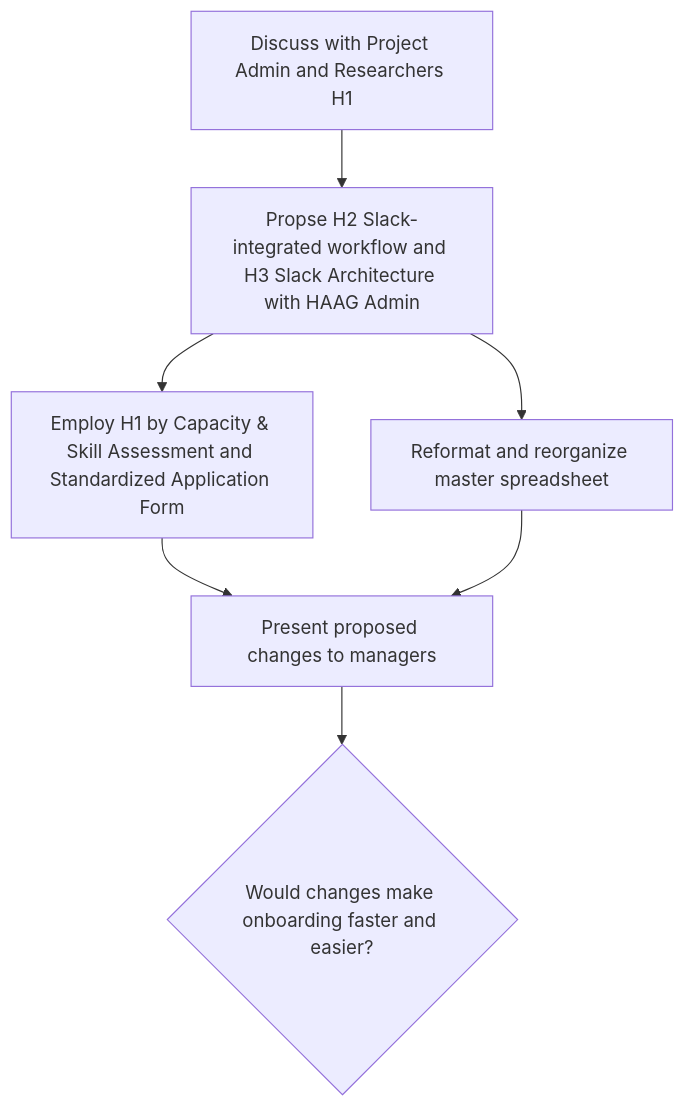
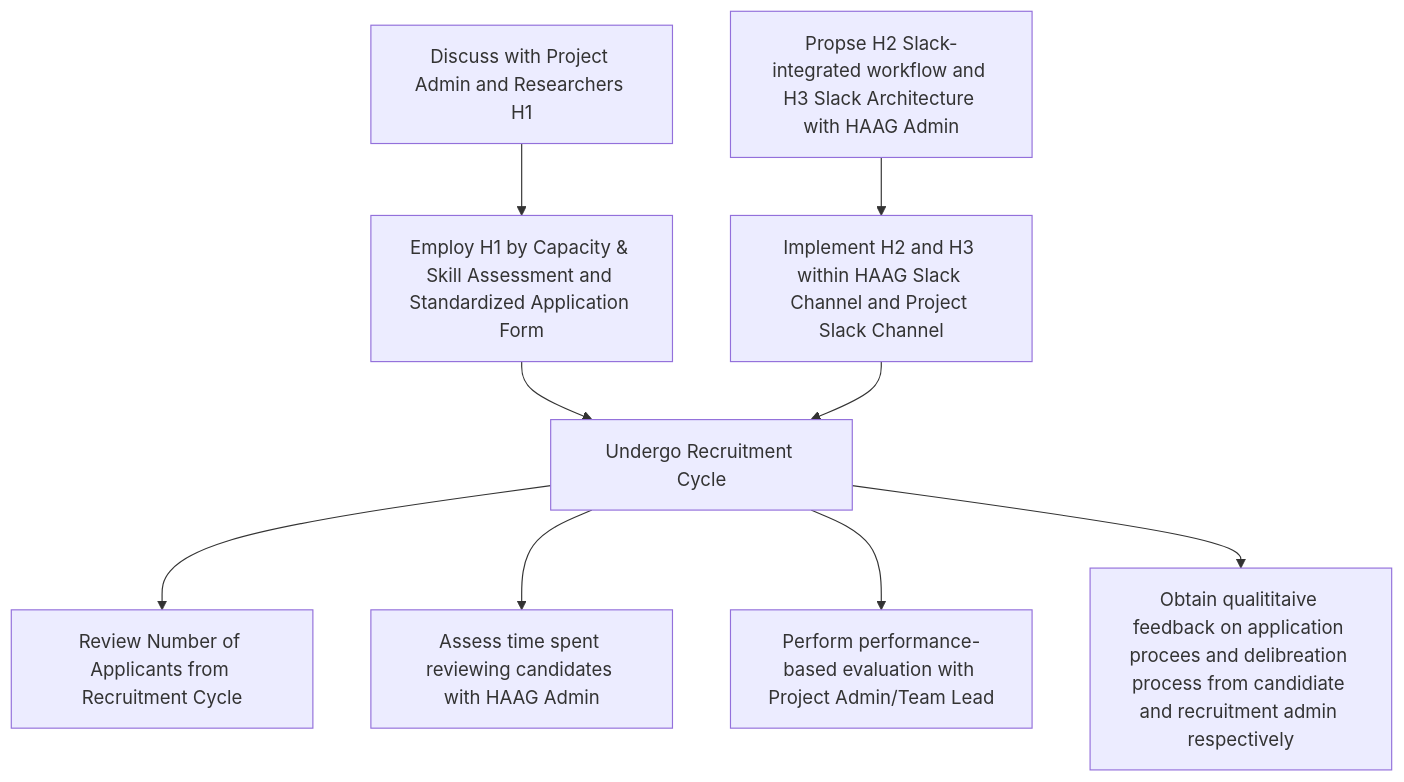
The diagram in Midterm-Initiative-dbona3.md (Human-Augment-Analytics/Admin-Recruitment-Unit), drawn with Mermaid before and after one commit.

````diff
--- a/Midterm-Initiative-dbona3.md
+++ b/Midterm-Initiative-dbona3.md
@@ -48,16 +48,22 @@
 ```mermaid
 flowchart TD
     A[Discuss with Project Admin and Researchers H1]
     B[Propse H2 Slack-integrated workflow and H3 Slack Architecture with HAAG Admin]
     C[Employ H1 by Capacity & Skill Assessment and Standardized Application Form]
-    D[Reformat and reorganize master spreadsheet]
-    E[Present proposed changes to managers]
-    F{Would changes make onboarding faster and easier?}
+    D[Implement H2 and H3 within HAAG Slack Channel and Project Slack Channel]
+    E[Undergo Recruitment Cycle]
+    F[Review Number of Applicants from Recruitment Cycle]
+    G[Assess time spent reviewing candidates with HAAG Admin]
+    H[Perform performance-based evaluation with Project Admin/Team Lead]
+    I[Obtain qualititaive feedback on application procees and delibreation process from candidiate and recruitment admin respectively]
 
-    A --> B
-    B --> C
+    A --> C
     B --> D
     C --> E
     D --> E
     E --> F
+    E --> G
+    E --> H
+    E --> I
+
 ```
````
